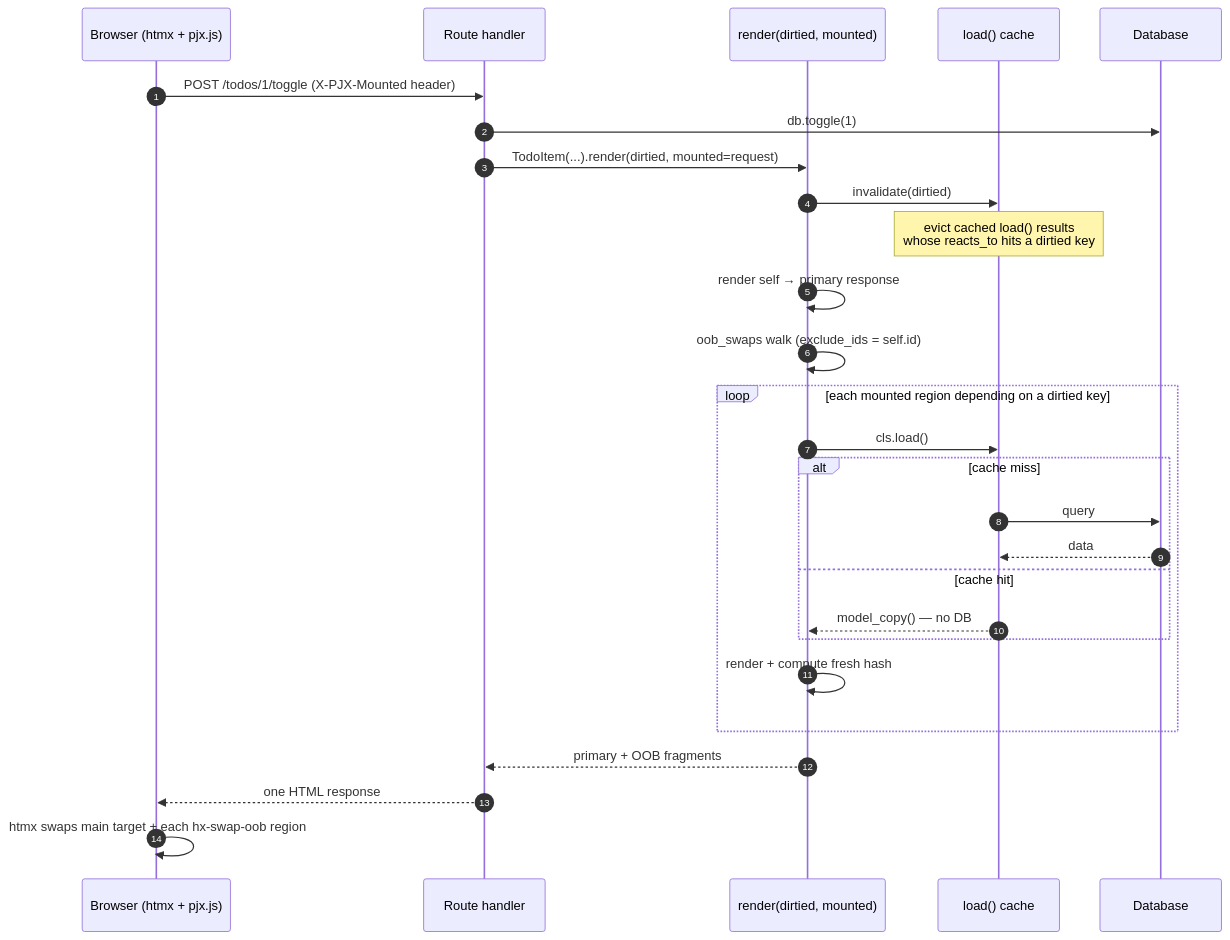
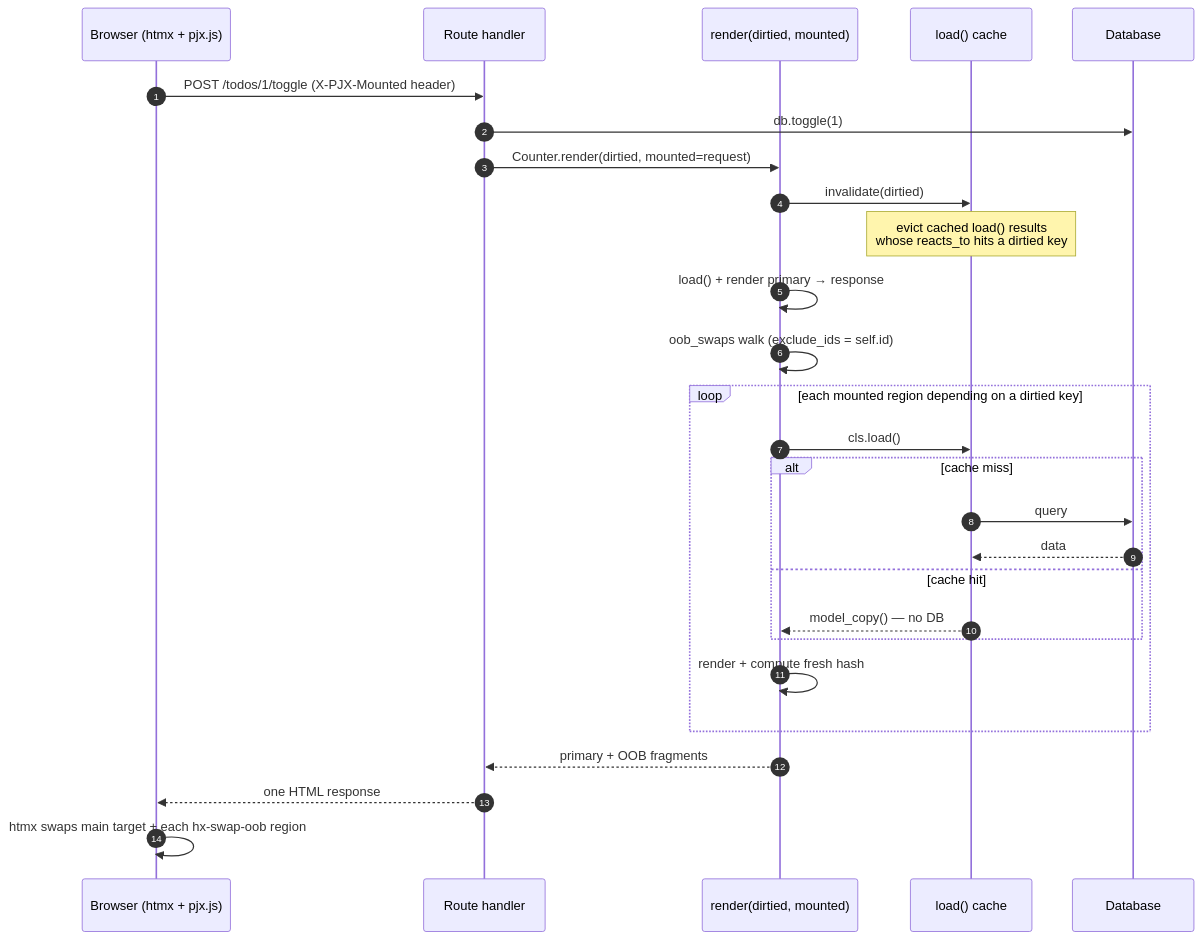
Before and after one commit to paulomtts/pyjinhx: the third of 5 diagrams in docs/reactivity.md, drawn with Mermaid. The commit also changed other lines of this file and 18 other files, not shown here.

First line of the commit message:
feat(reactive): instance-keyed dependencies + render() auto-load entry (#21)

````diff
--- a/docs/reactivity.md
+++ b/docs/reactivity.md
@@ -225,30 +278,30 @@
 ```mermaid
 sequenceDiagram
     autonumber
     participant B as Browser (htmx + pjx.js)
     participant R as Route handler
     participant RD as render(dirtied, mounted)
     participant C as load() cache
     participant DB as Database
 
     B->>R: POST /todos/1/toggle  (X-PJX-Mounted header)
     R->>DB: db.toggle(1)
-    R->>RD: TodoItem(...).render(dirtied, mounted=request)
+    R->>RD: Counter.render(dirtied, mounted=request)
     RD->>C: invalidate(dirtied)
     Note over C: evict cached load() results<br/>whose reacts_to hits a dirtied key
-    RD->>RD: render self → primary response
+    RD->>RD: load() + render primary → response
     RD->>RD: oob_swaps walk (exclude_ids = self.id)
     loop each mounted region depending on a dirtied key
         RD->>C: cls.load()
         alt cache miss
             C->>DB: query
             DB-->>C: data
         else cache hit
             C-->>RD: model_copy() — no DB
         end
         RD->>RD: render + compute fresh hash
     end
     RD-->>R: primary + OOB fragments
     R-->>B: one HTML response
     B->>B: htmx swaps main target + each hx-swap-oob region
 ```
````
